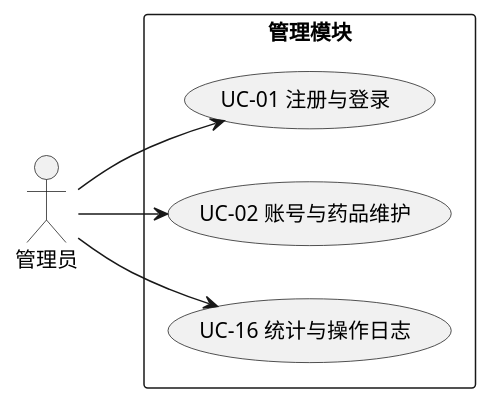
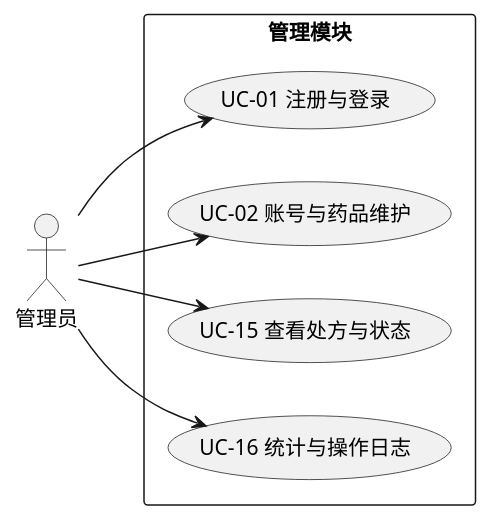
Before and after one commit to RefuseIOT/MedicinePlatform: the diagram in docs/diagrams/use-case-admin.puml, drawn with PlantUML. The commit also changed 3 other files, not shown here.

```diff
--- a/docs/diagrams/use-case-admin.puml
+++ b/docs/diagrams/use-case-admin.puml
@@ -1,16 +1,18 @@
 @startuml 管理模块用例图
 left to right direction
 skinparam packageStyle rectangle
 
 actor "管理员" as A
 
 rectangle "管理模块" {
   usecase "UC-01 注册与登录" as UC01
   usecase "UC-02 账号与药品维护" as UC02
+  usecase "UC-15 查看处方与状态" as UC15
   usecase "UC-16 统计与操作日志" as UC16
 }
 
 A --> UC01
 A --> UC02
 A --> UC16
+A --> UC15
 @enduml
```
